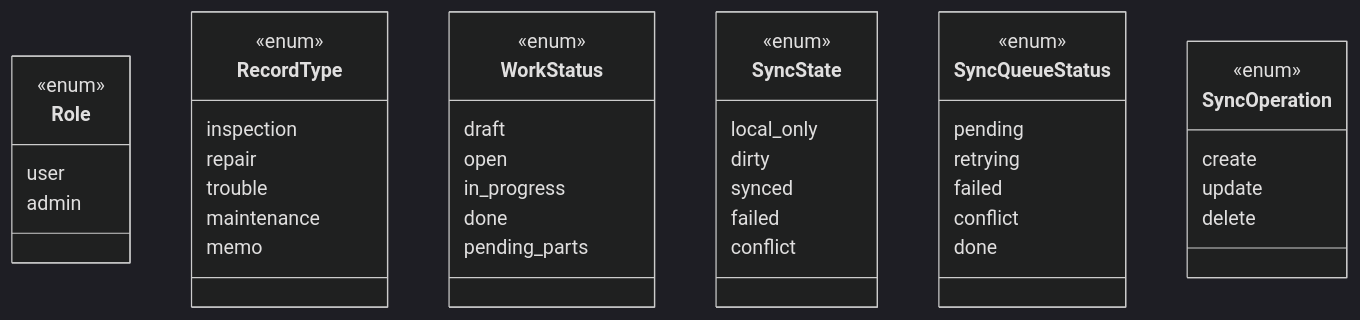
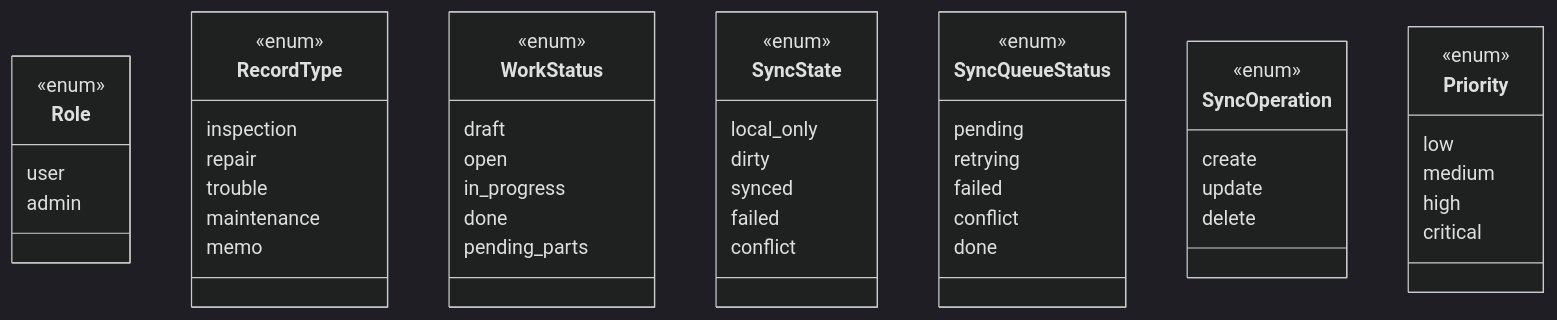
The first of 12 diagrams in CLASS.md (garyohosu/worklog-pwa), drawn with Mermaid (dark theme) before and after one commit. The commit also changed other lines of this file and 2 other files, not shown here.

First line of the commit message:
Finalize Q53-Q56: priority, session_token, photo_path, sync payload

````diff
--- a/CLASS.md
+++ b/CLASS.md
@@ -19,51 +19,59 @@
 ```mermaid
 classDiagram
   class Role {
     <<enum>>
     user
     admin
   }
 
   class RecordType {
     <<enum>>
     inspection
     repair
     trouble
     maintenance
     memo
   }
 
   class WorkStatus {
     <<enum>>
     draft
     open
     in_progress
     done
     pending_parts
   }
 
   class SyncState {
     <<enum>>
     local_only
     dirty
     synced
     failed
     conflict
   }
 
   class SyncQueueStatus {
     <<enum>>
     pending
     retrying
     failed
     conflict
     done
   }
 
   class SyncOperation {
     <<enum>>
     create
     update
     delete
   }
+
+  class Priority {
+    <<enum>>
+    low
+    medium
+    high
+    critical
+  }
 ```
````
